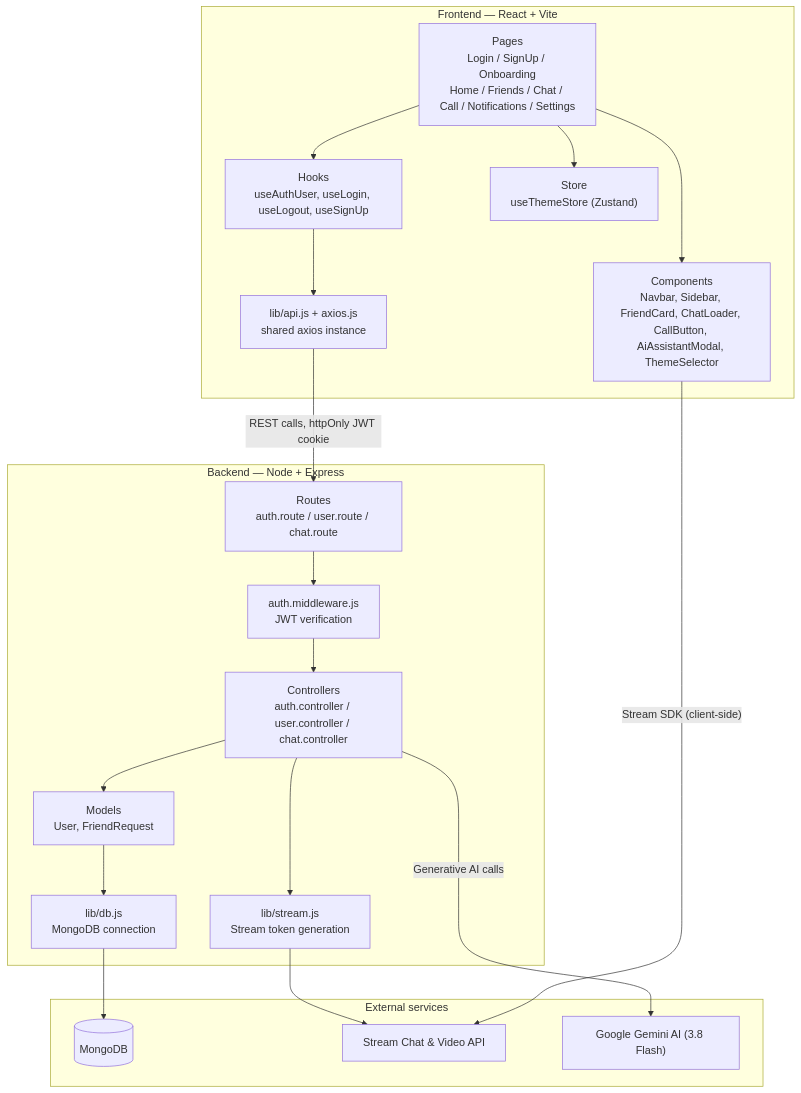
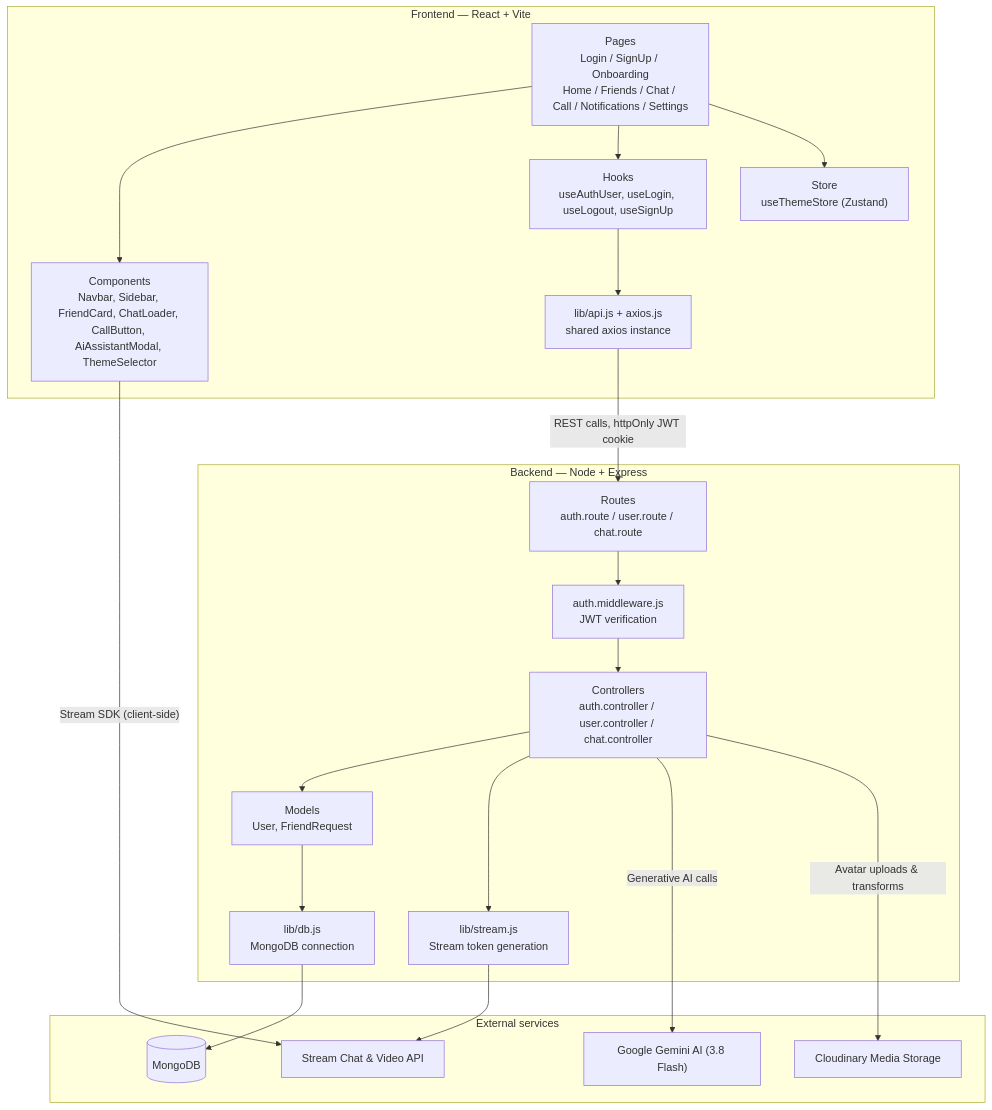
The first of 3 diagrams in Project Details/Architecture.md (kushGupta-15/Streamify), drawn with Mermaid before and after one commit. The commit also changed other lines of this file and 18 other files, not shown here.

Commit message:
implement cloud media storage, database compound indexes, automated tests, and deployment config

````diff
--- a/Project Details/Architecture.md
+++ b/Project Details/Architecture.md
@@ -5,41 +5,43 @@
 ```mermaid
 flowchart TB
     subgraph Client["Frontend — React + Vite"]
         Pages["Pages\nLogin / SignUp / Onboarding\nHome / Friends / Chat / Call / Notifications / Settings"]
         Components["Components\nNavbar, Sidebar, FriendCard, ChatLoader, CallButton, AiAssistantModal, ThemeSelector"]
         Hooks["Hooks\nuseAuthUser, useLogin, useLogout, useSignUp"]
         Store["Store\nuseThemeStore (Zustand)"]
         APILib["lib/api.js + axios.js\nshared axios instance"]
         Pages --> Components
         Pages --> Hooks
         Pages --> Store
         Hooks --> APILib
     end
 
     subgraph Server["Backend — Node + Express"]
         Routes["Routes\nauth.route / user.route / chat.route"]
         Middleware["auth.middleware.js\nJWT verification"]
         Controllers["Controllers\nauth.controller / user.controller / chat.controller"]
         Models["Models\nUser, FriendRequest"]
         StreamLib["lib/stream.js\nStream token generation"]
         DBLib["lib/db.js\nMongoDB connection"]
 
         Routes --> Middleware
         Middleware --> Controllers
         Controllers --> Models
         Controllers --> StreamLib
     end
 
     subgraph External["External services"]
         Mongo[("MongoDB")]
         StreamAPI["Stream Chat & Video API"]
         GeminiAPI["Google Gemini AI (3.8 Flash)"]
+        CloudinaryAPI["Cloudinary Media Storage"]
     end
 
     APILib -- "REST calls, httpOnly JWT cookie" --> Routes
     Models --> DBLib
     DBLib --> Mongo
     StreamLib --> StreamAPI
     Controllers -- "Generative AI calls" --> GeminiAPI
+    Controllers -- "Avatar uploads & transforms" --> CloudinaryAPI
     Components -- "Stream SDK (client-side)" --> StreamAPI
 ```
````
